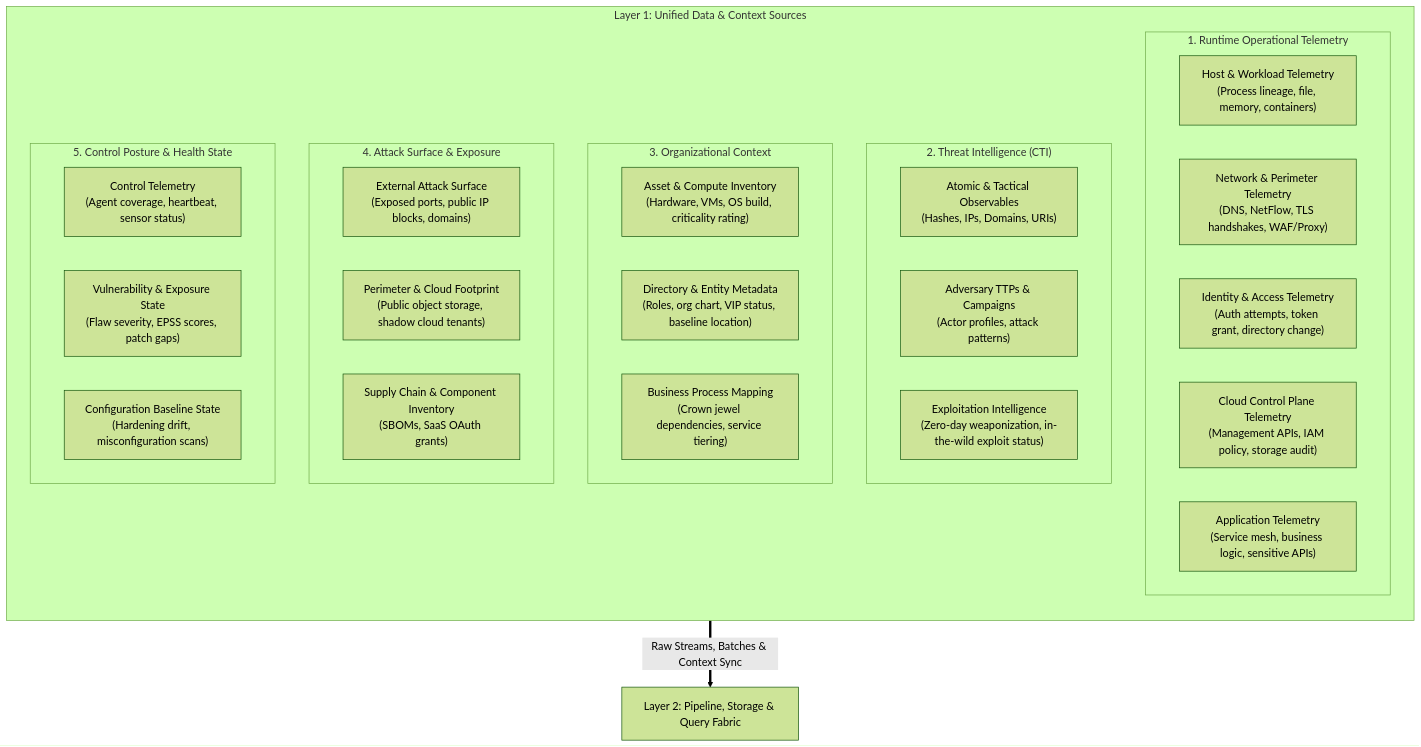
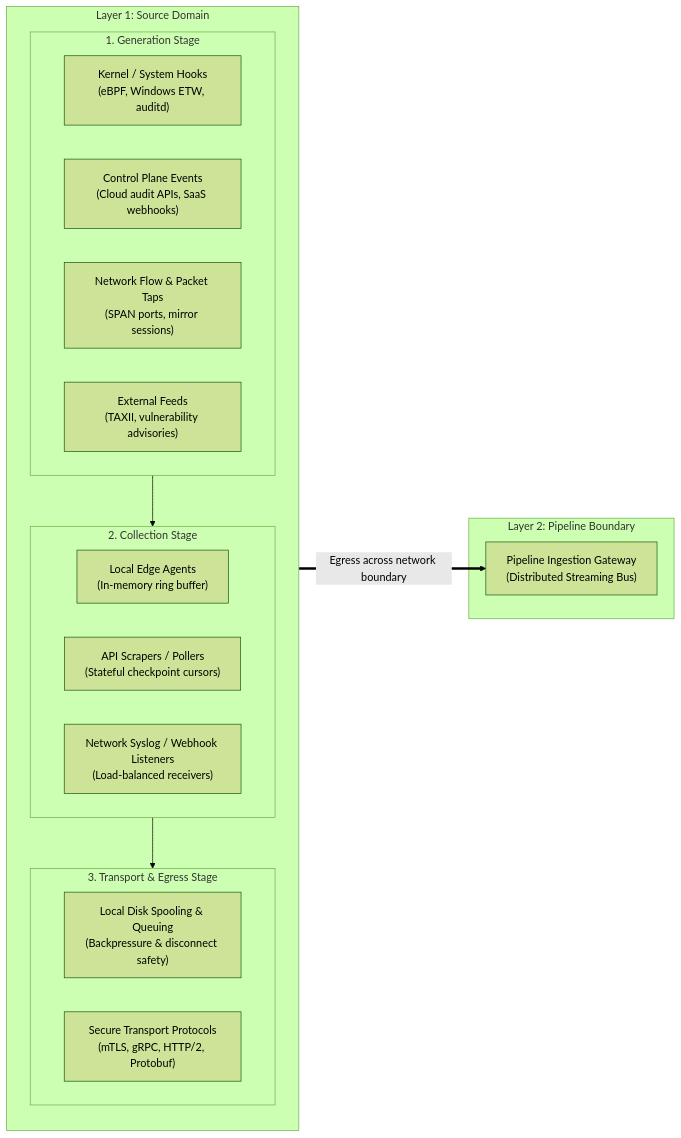
One commit to Haribu/TIDIR changed the first of 3 diagrams in docs/architecture/03-layer-1-data-sources.md. Above: the diagram before and after it, drawn with Mermaid (forest theme). The commit also changed other lines of this file, not shown here.

Commit message:
docs: enrich Layer 1 with generation, collection, transport lifecycle and ATT&CK to OCSF mapping

````diff
--- a/docs/architecture/03-layer-1-data-sources.md
+++ b/docs/architecture/03-layer-1-data-sources.md
@@ -9,39 +15,32 @@
 ```mermaid
-flowchart TB
-  subgraph L1 ["Layer 1: Unified Data & Context Sources"]
+flowchart LR
+  subgraph L1 ["Layer 1: Source Domain"]
     direction TB
-    subgraph S1 ["1. Runtime Operational Telemetry"]
-      HOST["Host & Workload Telemetry\n(Process lineage, file, memory, containers)"]
-      NET["Network & Perimeter Telemetry\n(DNS, NetFlow, TLS handshakes, WAF/Proxy)"]
-      IAM["Identity & Access Telemetry\n(Auth attempts, token grant, directory change)"]
-      CLOUD["Cloud Control Plane Telemetry\n(Management APIs, IAM policy, storage audit)"]
-      APP["Application Telemetry\n(Service mesh, business logic, sensitive APIs)"]
+    subgraph Gen ["1. Generation Stage"]
+      G_KERN["Kernel / System Hooks\n(eBPF, Windows ETW, auditd)"]
+      G_API["Control Plane Events\n(Cloud audit APIs, SaaS webhooks)"]
+      G_NET["Network Flow & Packet Taps\n(SPAN ports, mirror sessions)"]
+      G_EXT["External Feeds\n(TAXII, vulnerability advisories)"]
     end
 
-    subgraph S2 ["2. Threat Intelligence (CTI)"]
-      CTI_IOC["Atomic & Tactical Observables\n(Hashes, IPs, Domains, URIs)"]
-      CTI_TTP["Adversary TTPs & Campaigns\n(Actor profiles, attack patterns)"]
-      CTI_VULN["Exploitation Intelligence\n(Zero-day weaponization, in-the-wild exploit status)"]
+    subgraph Col ["2. Collection Stage"]
+      C_AGENT["Local Edge Agents\n(In-memory ring buffer)"]
+      C_PULL["API Scrapers / Pollers\n(Stateful checkpoint cursors)"]
+      C_LISTEN["Network Syslog / Webhook Listeners\n(Load-balanced receivers)"]
     end
 
-    subgraph S3 ["3. Organizational Context"]
-      ASSET["Asset & Compute Inventory\n(Hardware, VMs, OS build, criticality rating)"]
-      IDENTITY["Directory & Entity Metadata\n(Roles, org chart, VIP status, baseline location)"]
-      BIZ["Business Process Mapping\n(Crown jewel dependencies, service tiering)"]
+    subgraph Trans ["3. Transport & Egress Stage"]
+      T_SPOOL["Local Disk Spooling & Queuing\n(Backpressure & disconnect safety)"]
+      T_PROTO["Secure Transport Protocols\n(mTLS, gRPC, HTTP/2, Protobuf)"]
     end
 
-    subgraph S4 ["4. Attack Surface & Exposure"]
-      EASM["External Attack Surface\n(Exposed ports, public IP blocks, domains)"]
-      PERIM["Perimeter & Cloud Footprint\n(Public object storage, shadow cloud tenants)"]
-      SBOM["Supply Chain & Component Inventory\n(SBOMs, SaaS OAuth grants)"]
-    end
-
-    subgraph S5 ["5. Control Posture & Health State"]
-      CTRL_HEALTH["Control Telemetry\n(Agent coverage, heartbeat, sensor status)"]
-      VULN["Vulnerability & Exposure State\n(Flaw severity, EPSS scores, patch gaps)"]
-      CONFIG["Configuration Baseline State\n(Hardening drift, misconfiguration scans)"]
-    end
+    Gen --> Col
+    Col --> Trans
   end
 
-  L1 ==>|Raw Streams, Batches & Context Sync| L2["Layer 2: Pipeline, Storage & Query Fabric"]
+  subgraph L2 ["Layer 2: Pipeline Boundary"]
+    P_GATE["Pipeline Ingestion Gateway\n(Distributed Streaming Bus)"]
+  end
+
+  Trans ==>|Egress across network boundary| P_GATE
 ```
````
